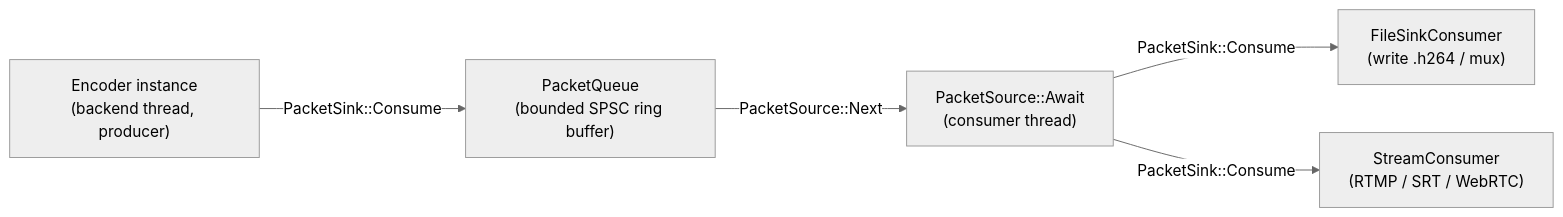
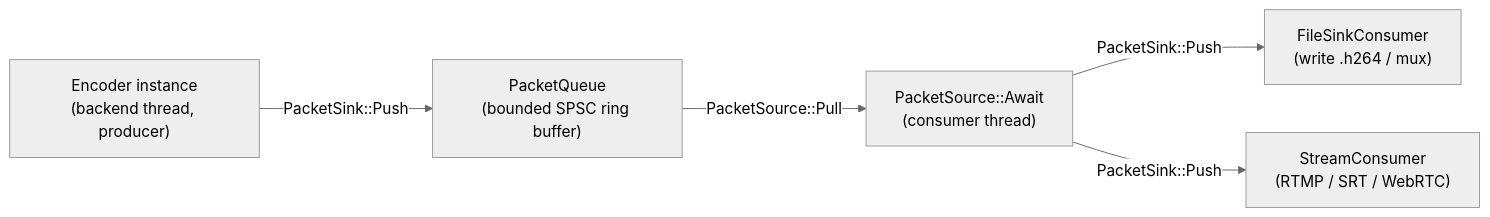
Before and after one commit to oxsource/video_codec: the first of 2 diagrams in codec/doc/architecture/output-queue.md, drawn with Mermaid (neutral theme). The commit also changed other lines of this file and 28 other files, not shown here.

First line of the commit message:
refactor(queue): rename PacketSink::Consume -> Push, PacketSource::Next -> Pull

````diff
--- a/codec/doc/architecture/output-queue.md
+++ b/codec/doc/architecture/output-queue.md
@@ -10,13 +10,13 @@
 ```mermaid
 flowchart LR
     ENC["Encoder instance<br/>(backend thread, producer)"]
     Q["PacketQueue<br/>(bounded SPSC ring buffer)"]
     AW["PacketSource::Await<br/>(consumer thread)"]
     FC["FileSinkConsumer<br/>(write .h264 / mux)"]
     SC["StreamConsumer<br/>(RTMP / SRT / WebRTC)"]
 
-    ENC -->|PacketSink::Consume| Q
-    Q -->|PacketSource::Next| AW
-    AW -->|PacketSink::Consume| FC
-    AW -->|PacketSink::Consume| SC
+    ENC -->|PacketSink::Push| Q
+    Q -->|PacketSource::Pull| AW
+    AW -->|PacketSink::Push| FC
+    AW -->|PacketSink::Push| SC
 ```
````
